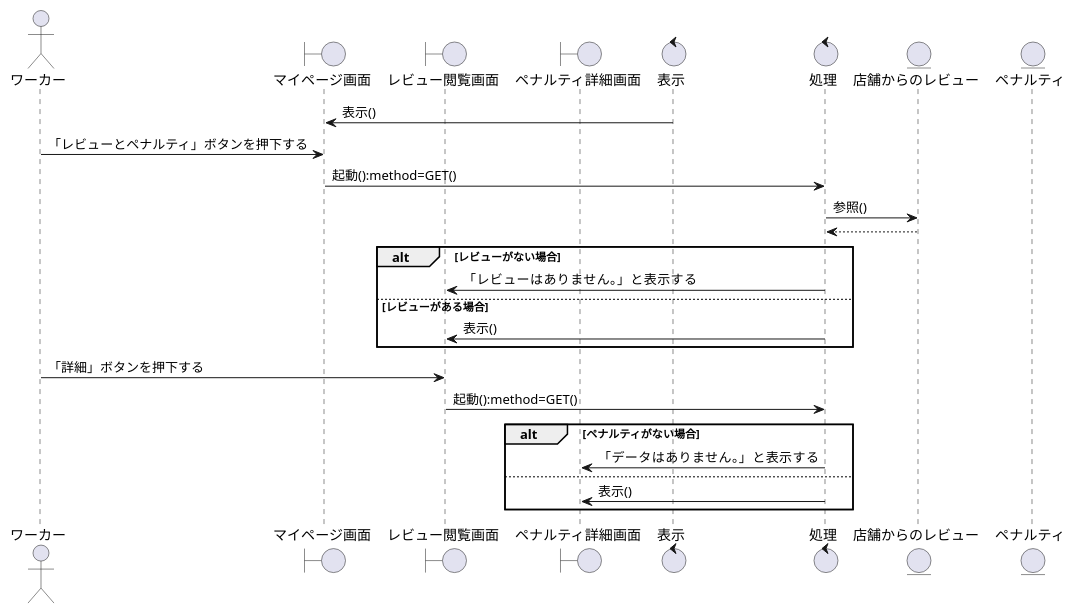
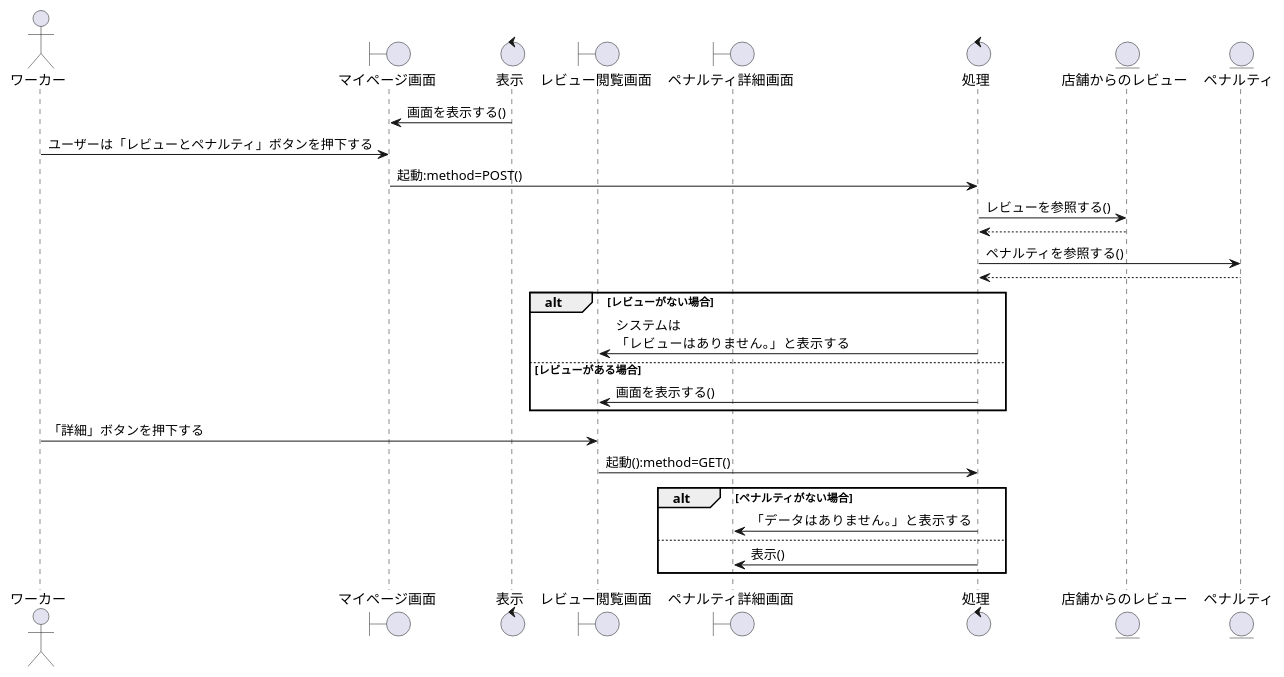
One commit to irukacb256/high_Me changed the diagram in sequence_fig/7_acconts_fn/07_レビューとペナルティを閲覧する.pu. Above: the diagram before and after it, drawn with PlantUML. The commit also changed 10 other files, not shown here.

```diff
--- a/sequence_fig/7_acconts_fn/07_レビューとペナルティを閲覧する.pu
+++ b/sequence_fig/7_acconts_fn/07_レビューとペナルティを閲覧する.pu
@@ -1,40 +1,42 @@
 @startuml レビューとペナルティを閲覧する
 
 actor ワーカー as wo1
 
 boundary マイページ画面 as bo1
+control 表示 as co1
 boundary レビュー閲覧画面 as bo2
 boundary ペナルティ詳細画面 as bo3
 
-control 表示 as co1
 control 処理 as co2
 
 entity 店舗からのレビュー as en1
 entity ペナルティ as en2
 
-co1 -> bo1:表示()
-wo1 -> bo1:「レビューとペナルティ」ボタンを押下する
-bo1 -> co2:起動():method=GET()
-co2 -> en1:参照()
+co1 -> bo1:画面を表示する()
+wo1 -> bo1:ユーザーは「レビューとペナルティ」ボタンを押下する
+bo1 -> co2:起動:method=POST()
+co2 -> en1: レビューを参照する()
 en1 --> co2
+co2 -> en2: ペナルティを参照する()
+co2 <-- en2
 
 alt レビューがない場合
-    co2 -> bo2:「レビューはありません。」と表示する
+    co2 -> bo2:システムは\n「レビューはありません。」と表示する
 
 else レビューがある場合
-    co2 -> bo2:表示()
+    co2 -> bo2:画面を表示する()
 
 end
 
 wo1 -> bo2:「詳細」ボタンを押下する
 bo2 -> co2:起動():method=GET()
 
 alt ペナルティがない場合
     co2 -> bo3:「データはありません。」と表示する
 
 else
     co2 -> bo3:表示()
     
 end
 
 @enduml
```
